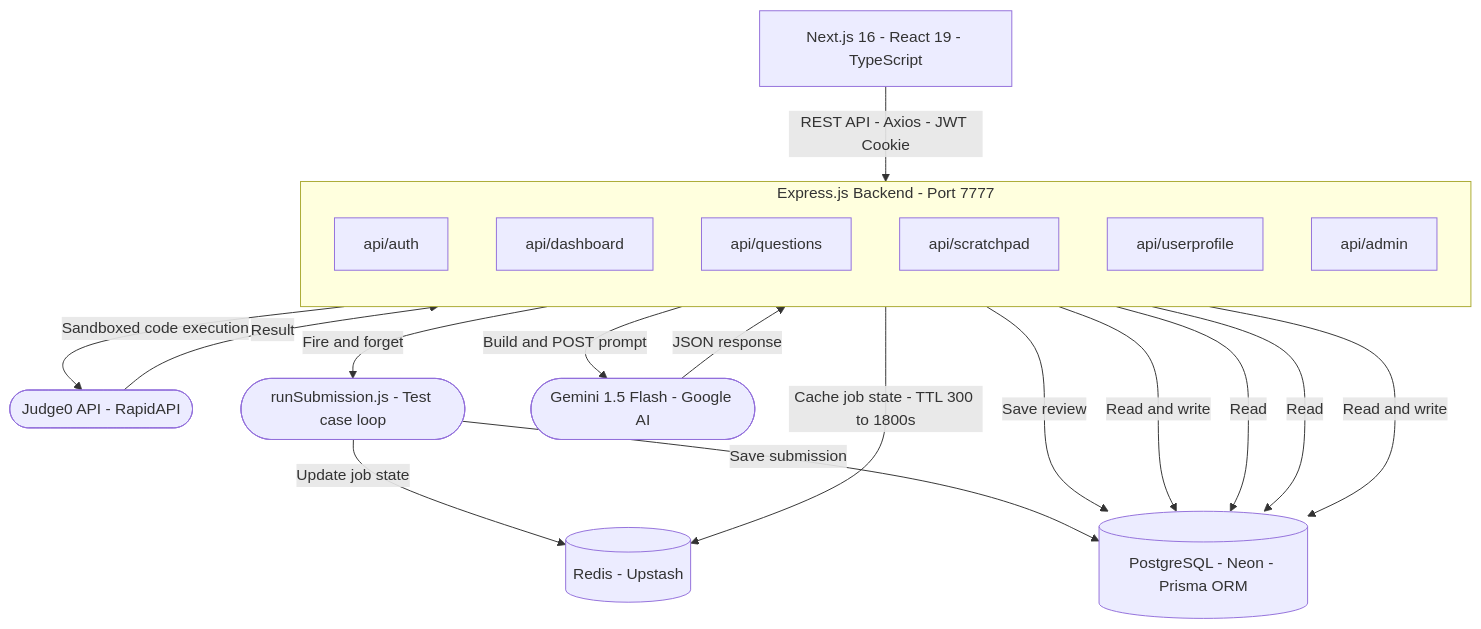
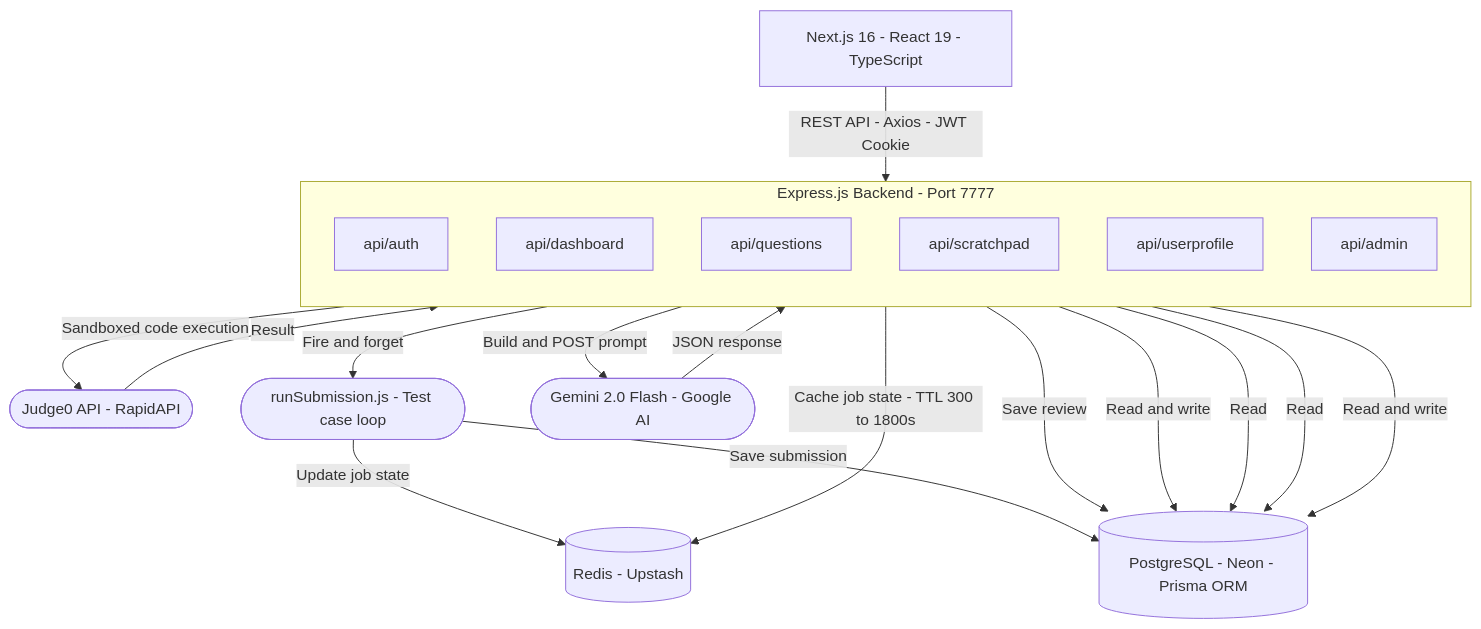
Before and after one commit to yatinsingh2007/VintiCode: the second of 6 diagrams in README.md, drawn with Mermaid. The commit also changed other lines of this file, not shown here.

Commit message:
chore: upgrade AI model references from Gemini 1.5 Flash to 2.0 Flash

````diff
--- a/README.md
+++ b/README.md
@@ -123,34 +123,34 @@
 ```mermaid
 graph TD
     FE["Next.js 16 - React 19 - TypeScript"]
 
     FE -->|"REST API - Axios - JWT Cookie"| BE
 
     subgraph BE ["Express.js Backend - Port 7777"]
         direction TB
         R1["api/auth"]
         R2["api/dashboard"]
         R3["api/questions"]
         R4["api/scratchpad"]
         R5["api/userprofile"]
         R6["api/admin"]
     end
 
     R3 -->|"Cache job state - TTL 300 to 1800s"| Redis[("Redis - Upstash")]
     R3 -->|"Sandboxed code execution"| Judge0(["Judge0 API - RapidAPI"])
     Judge0 -->|"Result"| R3
     R3 -->|"Fire and forget"| Worker(["runSubmission.js - Test case loop"])
     Worker -->|"Update job state"| Redis
     Worker -->|"Save submission"| DB
 
-    R4 -->|"Build and POST prompt"| Gemini(["Gemini 1.5 Flash - Google AI"])
+    R4 -->|"Build and POST prompt"| Gemini(["Gemini 2.0 Flash - Google AI"])
     Gemini -->|"JSON response"| R4
     R4 -->|"Save review"| DB
 
     R1 -->|"Read and write"| DB
     R2 -->|"Read"| DB
     R5 -->|"Read"| DB
     R6 -->|"Read and write"| DB
 
     DB[("PostgreSQL - Neon - Prisma ORM")]
 ```
````
